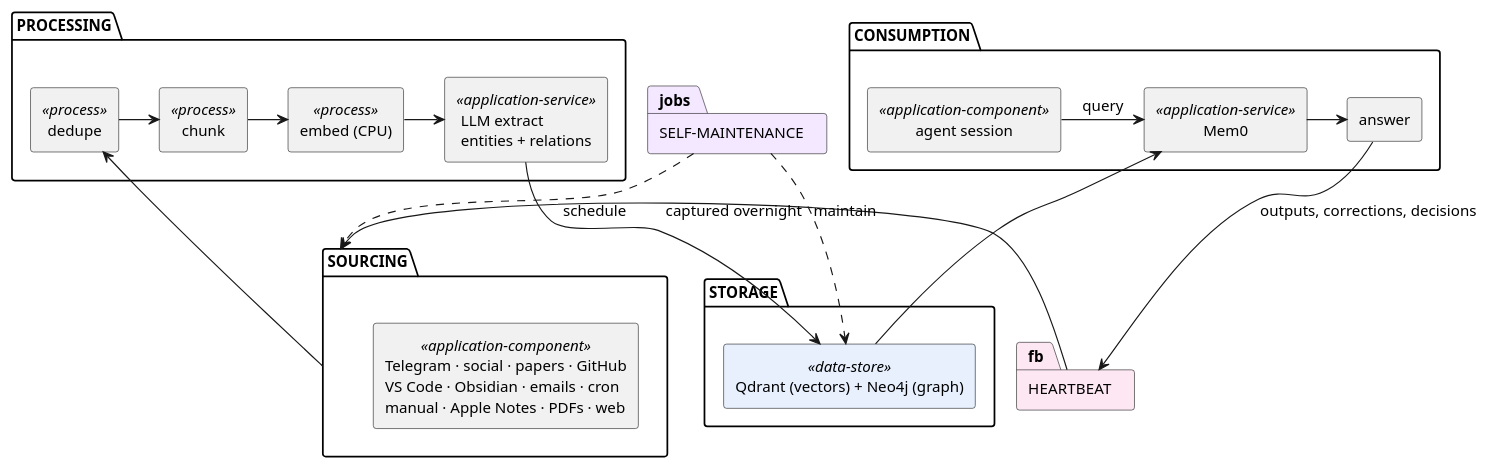
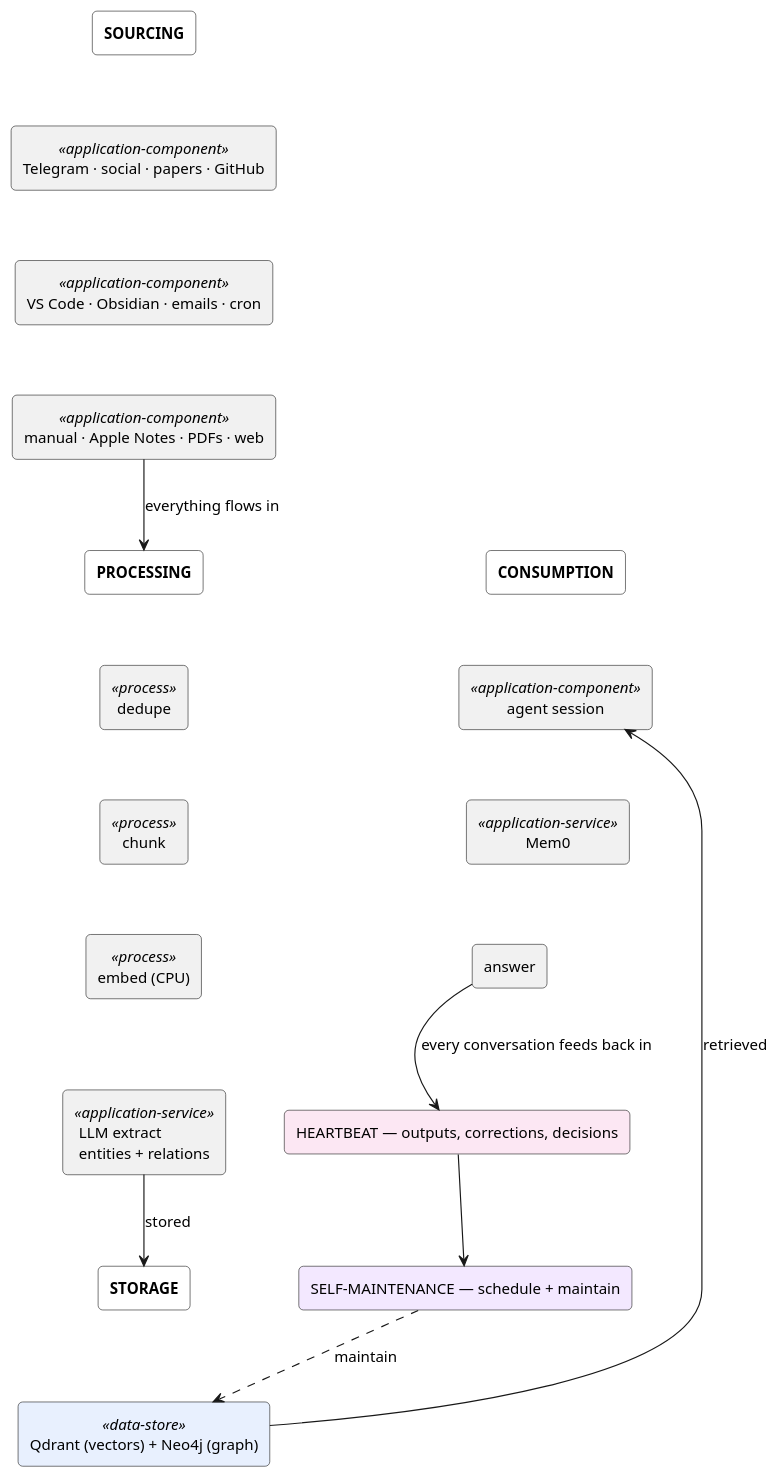
Before and after one commit to terrygzhou/terrygzhou.github.io: the diagram in assets/2026-08-21-digital-twin-that-scales/pipeline.plantuml, drawn with PlantUML. The commit also changed other lines of this file and 7 other files, not shown here.

```diff
--- a/assets/2026-08-21-digital-twin-that-scales/pipeline.plantuml
+++ b/assets/2026-08-21-digital-twin-that-scales/pipeline.plantuml
@@ -3,48 +3,59 @@
 @startuml
-skinparam archimate {
-    roundCorner 8
-}
 skinparam defaultFontSize 13
+skinparam roundCorner 8
 
 top to bottom direction
 
-package "SOURCING" as srcs {
-    rectangle "Telegram · social · papers · GitHub\nVS Code · Obsidian · emails · cron\nmanual · Apple Notes · PDFs · web" as ch <<application-component>>
+together {
+    rectangle "**SOURCING**" as src1 #FFFFFF
+    rectangle "Telegram · social · papers · GitHub" as src2 <<application-component>>
+    rectangle "VS Code · Obsidian · emails · cron" as src3 <<application-component>>
+    rectangle "manual · Apple Notes · PDFs · web" as src4 <<application-component>>
+    src1 -[hidden]down- src2
+    src2 -[hidden]down- src3
+    src3 -[hidden]down- src4
 }
 
-package "PROCESSING" as proc {
+together {
+    rectangle "**PROCESSING**" as proc1 #FFFFFF
     rectangle "dedupe" as p1 <<process>>
     rectangle "chunk" as p2 <<process>>
     rectangle "embed (CPU)" as p3 <<process>>
     rectangle "LLM extract\nentities + relations" as p4 <<application-service>>
-    p1 -right-> p2
-    p2 -right-> p3
-    p3 -right-> p4
+    proc1 -[hidden]down- p1
+    p1 -[hidden]down- p2
+    p2 -[hidden]down- p3
+    p3 -[hidden]down- p4
 }
 
-package "STORAGE" as st {
+together {
+    rectangle "**STORAGE**" as store1 #FFFFFF
     rectangle "Qdrant (vectors) + Neo4j (graph)" as db <<data-store>> #E8F0FE
+    store1 -[hidden]down- db
 }
 
-package "CONSUMPTION" as cons {
-    rectangle "agent session" as a1 <<application-component>>
-    rectangle "Mem0" as a2 <<application-service>>
-    rectangle "answer" as a3
-    a1 -right-> a2 : query
-    a2 -right-> a3
+together {
+    rectangle "**CONSUMPTION**" as cons1 #FFFFFF
+    rectangle "agent session" as c2 <<application-component>>
+    rectangle "Mem0" as c3 <<application-service>>
+    rectangle "answer" as c4
+    cons1 -[hidden]down- c2
+    c2 -[hidden]down- c3
+    c3 -[hidden]down- c4
 }
 
-package "HEARTBEAT" as fb #FCE7F3
-package "SELF-MAINTENANCE" as jobs #F3E8FF
+src4 -down-> proc1 : everything flows in
+p4 -down-> store1 : stored
+db -down-> c2 : retrieved
 
-srcs -down-> p1
-p4 -down-> db
-db -down-> a2
+together {
+    rectangle "HEARTBEAT — outputs, corrections, decisions" as fb #FCE7F3
+}
+c4 -down-> fb : every conversation feeds back in
 
-a3 -down-> fb : outputs, corrections, decisions
-fb -down-> srcs : captured overnight
-
-jobs -[hidden]down- fb
+together {
+    rectangle "SELF-MAINTENANCE — schedule + maintain" as jobs #F3E8FF
+}
+fb -down-> jobs
 jobs .down.> db : maintain
-jobs .down.> srcs : schedule
 @enduml
```
